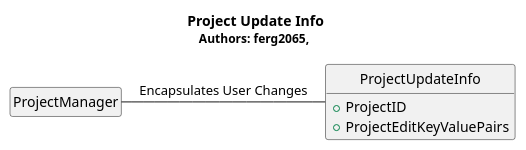
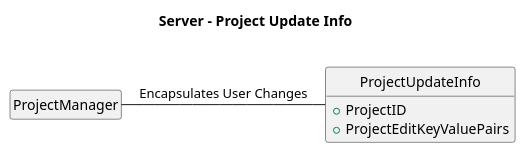
Before and after one commit to voxelv/sQuire_kw: the diagram in hw3/Server/server_projectupdateinfo.pu, drawn with PlantUML. The commit also changed 22 other files, not shown here.

```diff
--- a/hw3/Server/server_projectupdateinfo.pu
+++ b/hw3/Server/server_projectupdateinfo.pu
@@ -1,16 +1,16 @@
 @startuml
 hide circle
 hide empty members
 
-Title <b>Project Update Info</b>\n<size:12>Authors: ferg2065, </size>
+Title <b>Server - Project Update Info</b>\n
 
 class "ProjectManager" as sqpm
 class "ProjectUpdateInfo" as sqpui{
 	+ProjectID
 	+ProjectEditKeyValuePairs
 	}
 
 sqpm - sqpui : Encapsulates User Changes
 
 
 @enduml
```
